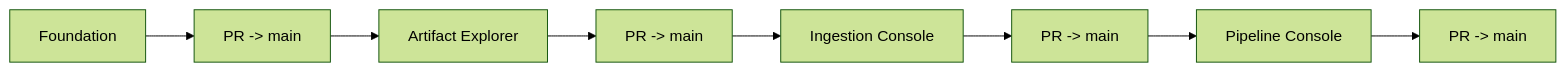
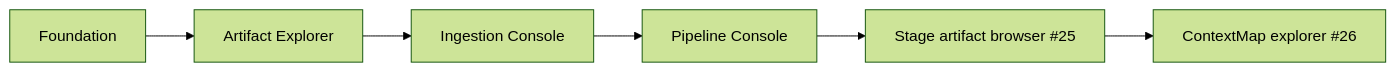
The diagram in docs/roadmap.md (Alexandre-Tortoza/contextmap2-tui), drawn with Mermaid (forest theme) before and after one commit. The commit also changed other lines of this file and 3 other files, not shown here.

First line of the commit message:
docs: refresh roadmap and architecture for the public ContextMap2 runtime

````diff
--- a/docs/roadmap.md
+++ b/docs/roadmap.md
@@ -41,10 +49,5 @@
 ```mermaid
 flowchart LR
-    M1[Foundation] --> P1[PR -> main]
-    P1 --> M2[Artifact Explorer]
-    M2 --> P2[PR -> main]
-    P2 --> M3[Ingestion Console]
-    M3 --> P3[PR -> main]
-    P3 --> M4[Pipeline Console]
-    M4 --> P4[PR -> main]
+    F[Foundation] --> AE[Artifact Explorer] --> IC[Ingestion Console] --> PC[Pipeline Console]
+    PC --> SA[Stage artifact browser #25] --> CM[ContextMap explorer #26]
 ```
````
